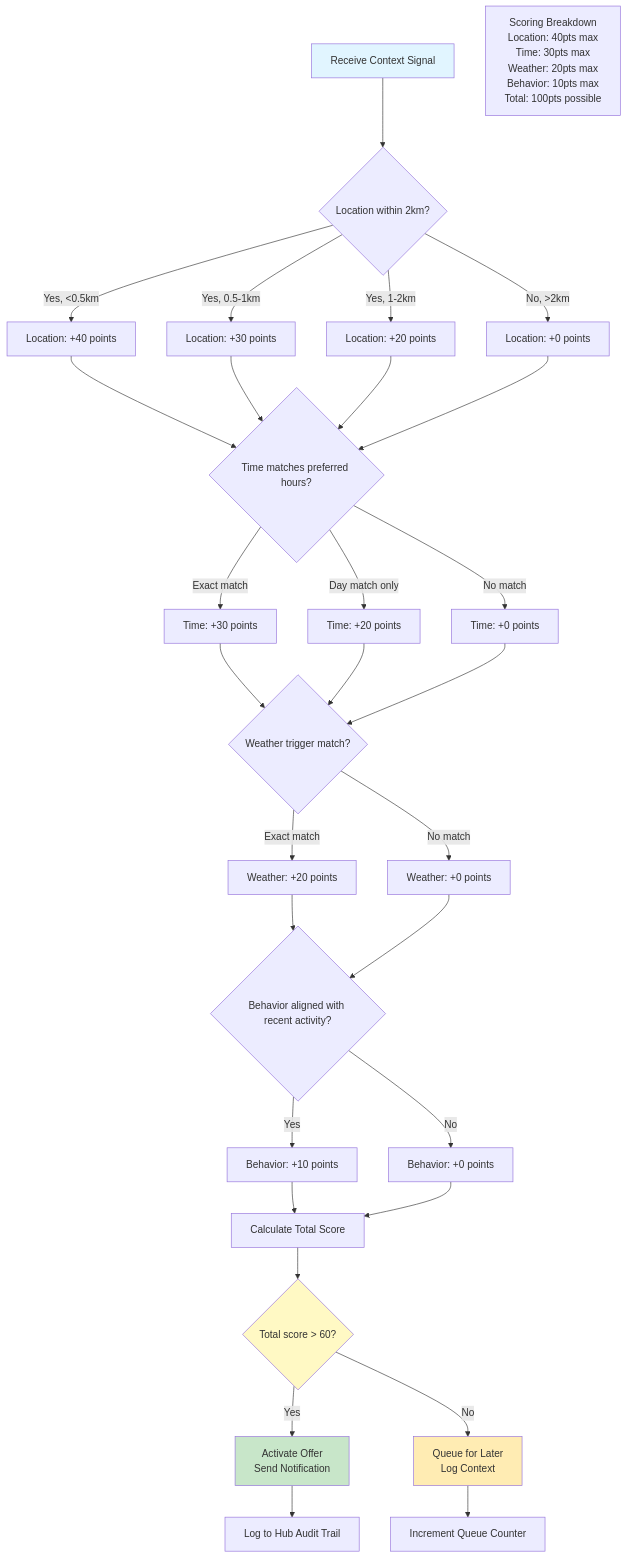
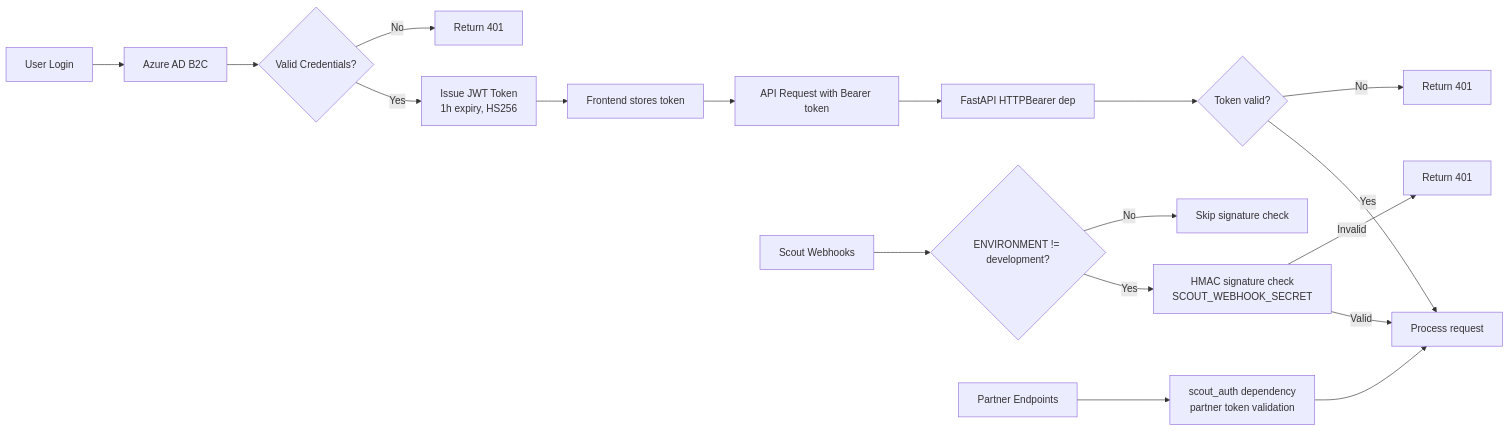
One commit to kartikey423/tristar changed diagram 11 of 13 in docs/ARCHITECTURE.md. Above: the diagram before and after it, drawn with Mermaid. The commit also changed other lines of this file and 10 other files, not shown here.

````diff
--- a/docs/ARCHITECTURE.md
+++ b/docs/ARCHITECTURE.md
@@ -258,49 +496,23 @@
 ```mermaid
-flowchart TD
-    A[Receive Context Signal] --> B{Location within 2km?}
+graph LR
+    A[User Login] --> B[Azure AD B2C]
+    B --> C{Valid Credentials?}
+    C -->|Yes| D[Issue JWT Token<br/>1h expiry, HS256]
+    C -->|No| E[Return 401]
 
-    B -->|Yes, <0.5km| C[Location: +40 points]
-    B -->|Yes, 0.5-1km| D[Location: +30 points]
-    B -->|Yes, 1-2km| E[Location: +20 points]
-    B -->|No, >2km| F[Location: +0 points]
+    D --> F[Frontend stores token]
+    F --> G[API Request with Bearer token]
+    G --> H[FastAPI HTTPBearer dep]
+    H --> I{Token valid?}
+    I -->|Yes| J[Process request]
+    I -->|No| K[Return 401]
 
-    C --> G{Time matches preferred hours?}
-    D --> G
-    E --> G
-    F --> G
+    L[Scout Webhooks] --> M{ENVIRONMENT != development?}
+    M -->|Yes| N[HMAC signature check<br/>SCOUT_WEBHOOK_SECRET]
+    M -->|No| O[Skip signature check]
+    N -->|Valid| J
+    N -->|Invalid| P[Return 401]
 
-    G -->|Exact match| H[Time: +30 points]
-    G -->|Day match only| I[Time: +20 points]
-    G -->|No match| J[Time: +0 points]
-
-    H --> K{Weather trigger match?}
-    I --> K
-    J --> K
-
-    K -->|Exact match| L[Weather: +20 points]
-    K -->|No match| M[Weather: +0 points]
-
-    L --> N{Behavior aligned with recent activity?}
-    M --> N
-
-    N -->|Yes| O[Behavior: +10 points]
-    N -->|No| P[Behavior: +0 points]
-
-    O --> Q[Calculate Total Score]
-    P --> Q
-
-    Q --> R{Total score > 60?}
-
-    R -->|Yes| S[Activate Offer<br/>Send Notification]
-    R -->|No| T[Queue for Later<br/>Log Context]
-
-    S --> U[Log to Hub Audit Trail]
-    T --> V[Increment Queue Counter]
-
-    style A fill:#e1f5ff
-    style S fill:#c8e6c9
-    style T fill:#ffecb3
-    style R fill:#fff9c4
-
-    note1[Scoring Breakdown<br/>Location: 40pts max<br/>Time: 30pts max<br/>Weather: 20pts max<br/>Behavior: 10pts max<br/>Total: 100pts possible]
+    Q[Partner Endpoints] --> R[scout_auth dependency<br/>partner token validation]
+    R --> J
 ```
````
